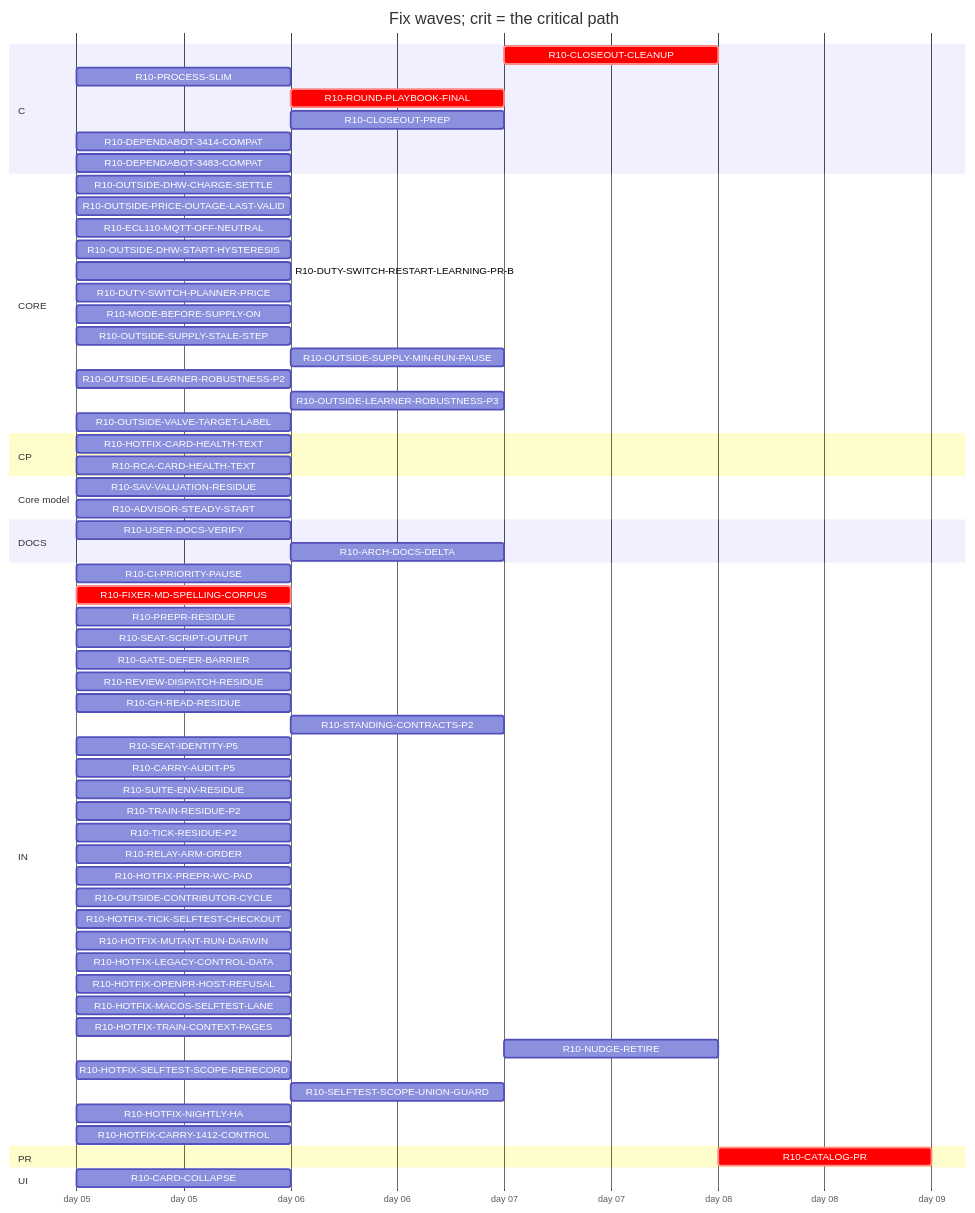
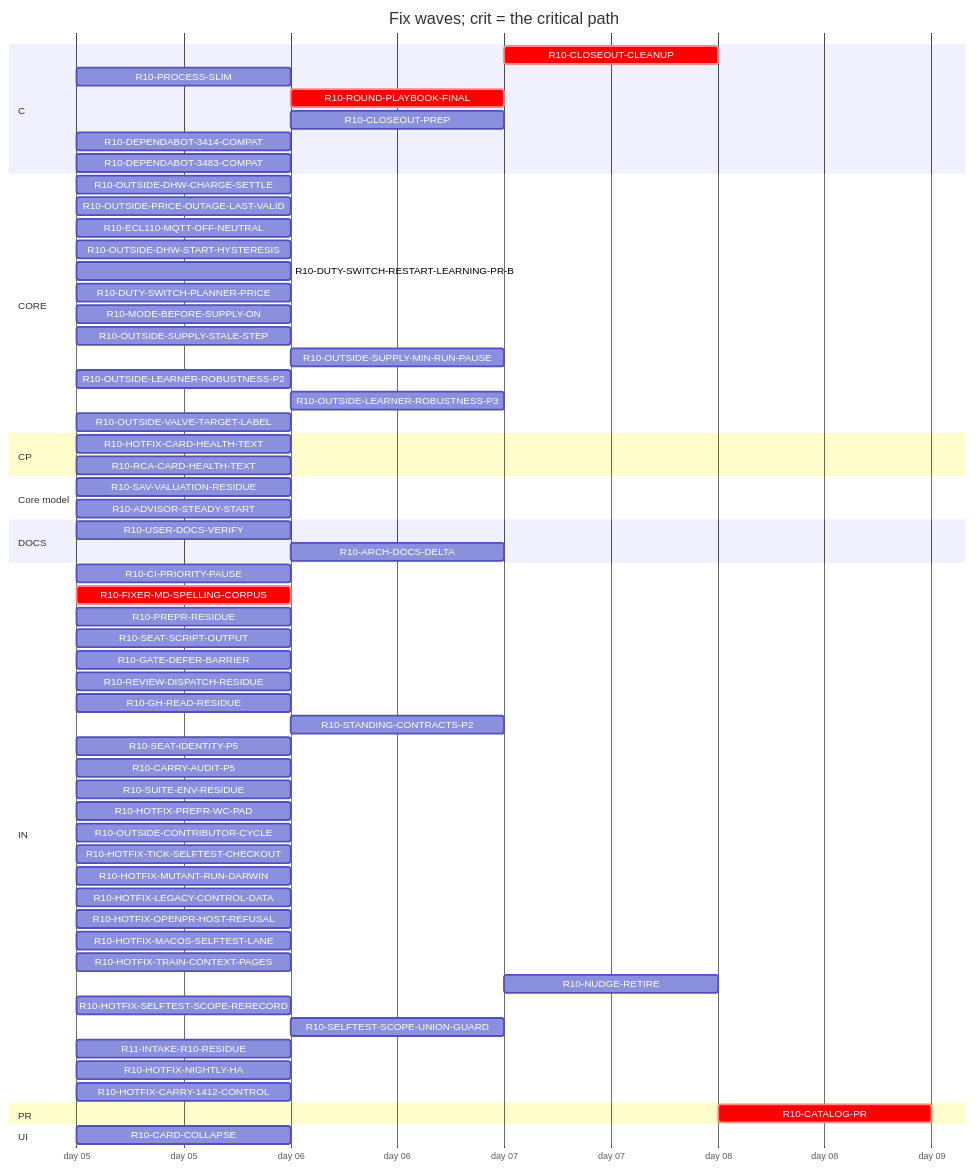
One commit to tvofi/heatpump_optimizer changed the diagram in handoff/round10/state/PLAN-TABLE.md. Above: the diagram before and after it, drawn with Mermaid. The commit also changed other lines of this file and 3 other files, not shown here.

Commit message:
state: FLOW-BOARD.md, NEXT-SESSION-PROMPT.md, PLAN-TABLE.md, RESUME-CURRENT.md regenerated (state_docs.py)

````diff
--- a/handoff/round10/state/PLAN-TABLE.md
+++ b/handoff/round10/state/PLAN-TABLE.md
@@ -21,67 +21,65 @@
 ```mermaid
 gantt
   title Fix waves; crit = the critical path
   dateFormat YYYY-MM-DD
   axisFormat day %d
   section C
     R10-CLOSEOUT-CLEANUP :crit, r10CLOSEOUTCLEANUP, after r10USERDOCSVERIFY r10ROUNDPLAYBOOKFINAL r10CLOSEOUTPREP r10ARCHDOCSDELTA, 1d
     R10-PROCESS-SLIM :r10PROCESSSLIM, 2026-01-05, 1d
     R10-ROUND-PLAYBOOK-FINAL :crit, r10ROUNDPLAYBOOKFINAL, after r10FIXERMDSPELLINGCORPUS, 1d
     R10-CLOSEOUT-PREP :r10CLOSEOUTPREP, after r10FIXERMDSPELLINGCORPUS, 1d
     R10-DEPENDABOT-3414-COMPAT :r10DEPENDABOT3414COMPAT, 2026-01-05, 1d
     R10-DEPENDABOT-3483-COMPAT :r10DEPENDABOT3483COMPAT, 2026-01-05, 1d
   section CORE
     R10-OUTSIDE-DHW-CHARGE-SETTLE :r10OUTSIDEDHWCHARGESETTLE, 2026-01-05, 1d
     R10-OUTSIDE-PRICE-OUTAGE-LAST-VALID :r10OUTSIDEPRICEOUTAGELASTVALID, 2026-01-05, 1d
     R10-ECL110-MQTT-OFF-NEUTRAL :r10ECL110MQTTOFFNEUTRAL, 2026-01-05, 1d
     R10-OUTSIDE-DHW-START-HYSTERESIS :r10OUTSIDEDHWSTARTHYSTERESIS, 2026-01-05, 1d
     R10-DUTY-SWITCH-RESTART-LEARNING-PR-B :r10DUTYSWITCHRESTARTLEARNINGPRB, 2026-01-05, 1d
     R10-DUTY-SWITCH-PLANNER-PRICE :r10DUTYSWITCHPLANNERPRICE, 2026-01-05, 1d
     R10-MODE-BEFORE-SUPPLY-ON :r10MODEBEFORESUPPLYON, 2026-01-05, 1d
     R10-OUTSIDE-SUPPLY-STALE-STEP :r10OUTSIDESUPPLYSTALESTEP, 2026-01-05, 1d
     R10-OUTSIDE-SUPPLY-MIN-RUN-PAUSE :r10OUTSIDESUPPLYMINRUNPAUSE, after r10OUTSIDESUPPLYSTALESTEP, 1d
     R10-OUTSIDE-LEARNER-ROBUSTNESS-P2 :r10OUTSIDELEARNERROBUSTNESSP2, 2026-01-05, 1d
     R10-OUTSIDE-LEARNER-ROBUSTNESS-P3 :r10OUTSIDELEARNERROBUSTNESSP3, after r10OUTSIDELEARNERROBUSTNESSP2, 1d
     R10-OUTSIDE-VALVE-TARGET-LABEL :r10OUTSIDEVALVETARGETLABEL, 2026-01-05, 1d
   section CP
     R10-HOTFIX-CARD-HEALTH-TEXT :r10HOTFIXCARDHEALTHTEXT, 2026-01-05, 1d
     R10-RCA-CARD-HEALTH-TEXT :r10RCACARDHEALTHTEXT, 2026-01-05, 1d
   section Core model
     R10-SAV-VALUATION-RESIDUE :r10SAVVALUATIONRESIDUE, 2026-01-05, 1d
     R10-ADVISOR-STEADY-START :r10ADVISORSTEADYSTART, 2026-01-05, 1d
   section DOCS
     R10-USER-DOCS-VERIFY :r10USERDOCSVERIFY, 2026-01-05, 1d
     R10-ARCH-DOCS-DELTA :r10ARCHDOCSDELTA, after r10SAVVALUATIONRESIDUE r10ADVISORSTEADYSTART r10PROCESSSLIM, 1d
   section IN
     R10-CI-PRIORITY-PAUSE :r10CIPRIORITYPAUSE, 2026-01-05, 1d
     R10-FIXER-MD-SPELLING-CORPUS :crit, r10FIXERMDSPELLINGCORPUS, 2026-01-05, 1d
     R10-PREPR-RESIDUE :r10PREPRRESIDUE, 2026-01-05, 1d
     R10-SEAT-SCRIPT-OUTPUT :r10SEATSCRIPTOUTPUT, 2026-01-05, 1d
     R10-GATE-DEFER-BARRIER :r10GATEDEFERBARRIER, 2026-01-05, 1d
     R10-REVIEW-DISPATCH-RESIDUE :r10REVIEWDISPATCHRESIDUE, 2026-01-05, 1d
     R10-GH-READ-RESIDUE :r10GHREADRESIDUE, 2026-01-05, 1d
     R10-STANDING-CONTRACTS-P2 :r10STANDINGCONTRACTSP2, after r10FIXERMDSPELLINGCORPUS, 1d
     R10-SEAT-IDENTITY-P5 :r10SEATIDENTITYP5, 2026-01-05, 1d
     R10-CARRY-AUDIT-P5 :r10CARRYAUDITP5, 2026-01-05, 1d
     R10-SUITE-ENV-RESIDUE :r10SUITEENVRESIDUE, 2026-01-05, 1d
-    R10-TRAIN-RESIDUE-P2 :r10TRAINRESIDUEP2, 2026-01-05, 1d
-    R10-TICK-RESIDUE-P2 :r10TICKRESIDUEP2, 2026-01-05, 1d
-    R10-RELAY-ARM-ORDER :r10RELAYARMORDER, 2026-01-05, 1d
     R10-HOTFIX-PREPR-WC-PAD :r10HOTFIXPREPRWCPAD, 2026-01-05, 1d
     R10-OUTSIDE-CONTRIBUTOR-CYCLE :r10OUTSIDECONTRIBUTORCYCLE, 2026-01-05, 1d
     R10-HOTFIX-TICK-SELFTEST-CHECKOUT :r10HOTFIXTICKSELFTESTCHECKOUT, 2026-01-05, 1d
     R10-HOTFIX-MUTANT-RUN-DARWIN :r10HOTFIXMUTANTRUNDARWIN, 2026-01-05, 1d
     R10-HOTFIX-LEGACY-CONTROL-DATA :r10HOTFIXLEGACYCONTROLDATA, 2026-01-05, 1d
     R10-HOTFIX-OPENPR-HOST-REFUSAL :r10HOTFIXOPENPRHOSTREFUSAL, 2026-01-05, 1d
     R10-HOTFIX-MACOS-SELFTEST-LANE :r10HOTFIXMACOSSELFTESTLANE, 2026-01-05, 1d
     R10-HOTFIX-TRAIN-CONTEXT-PAGES :r10HOTFIXTRAINCONTEXTPAGES, 2026-01-05, 1d
     R10-NUDGE-RETIRE :r10NUDGERETIRE, after r10ROUNDPLAYBOOKFINAL, 1d
     R10-HOTFIX-SELFTEST-SCOPE-RERECORD :r10HOTFIXSELFTESTSCOPERERECORD, 2026-01-05, 1d
     R10-SELFTEST-SCOPE-UNION-GUARD :r10SELFTESTSCOPEUNIONGUARD, after r10HOTFIXSELFTESTSCOPERERECORD, 1d
+    R11-INTAKE-R10-RESIDUE :r11INTAKER10RESIDUE, 2026-01-05, 1d
     R10-HOTFIX-NIGHTLY-HA :r10HOTFIXNIGHTLYHA, 2026-01-05, 1d
     R10-HOTFIX-CARRY-1412-CONTROL :r10HOTFIXCARRY1412CONTROL, 2026-01-05, 1d
   section PR
     R10-CATALOG-PR :crit, r10CATALOGPR, after r10USERDOCSVERIFY r10ROUNDPLAYBOOKFINAL r10CLOSEOUTCLEANUP r10CLOSEOUTPREP r10ARCHDOCSDELTA, 1d
   section UI
     R10-CARD-COLLAPSE :r10CARDCOLLAPSE, 2026-01-05, 1d
 ```
````
